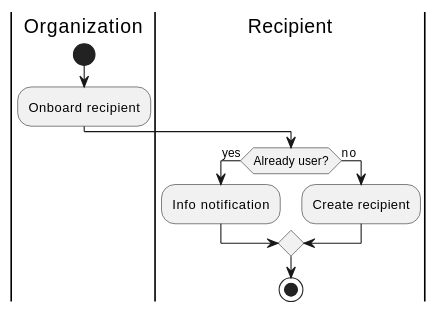
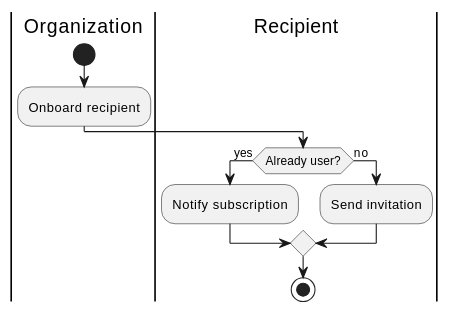
The second of 2 diagrams in Writerside/topics/Mass-Transfers.md (qenta-cee/developer-qenta-com), drawn with PlantUML before and after one commit. The commit also changed other lines of this file and 3 other files, not shown here.

Commit message:
Doc(TreasuryManagement): add reference architecture

````diff
--- a/Writerside/topics/Mass-Transfers.md
+++ b/Writerside/topics/Mass-Transfers.md
@@ -119,18 +65,18 @@
 ```plantuml
 @startuml
 
 !theme _none_
 
 |Organization|
 start
     :Onboard recipient;
 |Recipient|
     if (Already user?) then (yes)
-        :Info notification;
+        :Notify subscription;
     else (no)
-        :Create recipient;
+        :Send invitation;
     endif
 stop
 
 @enduml
 ```
````
